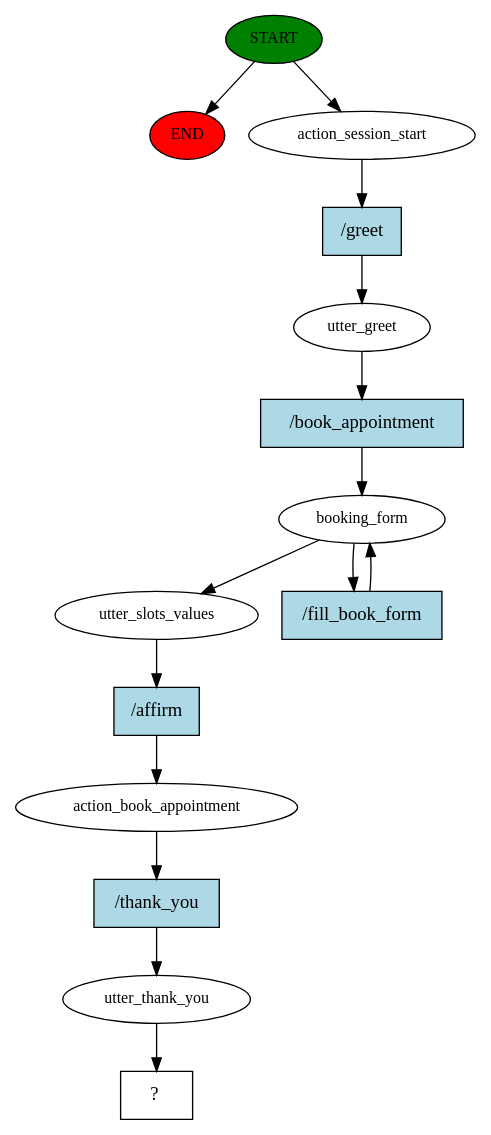
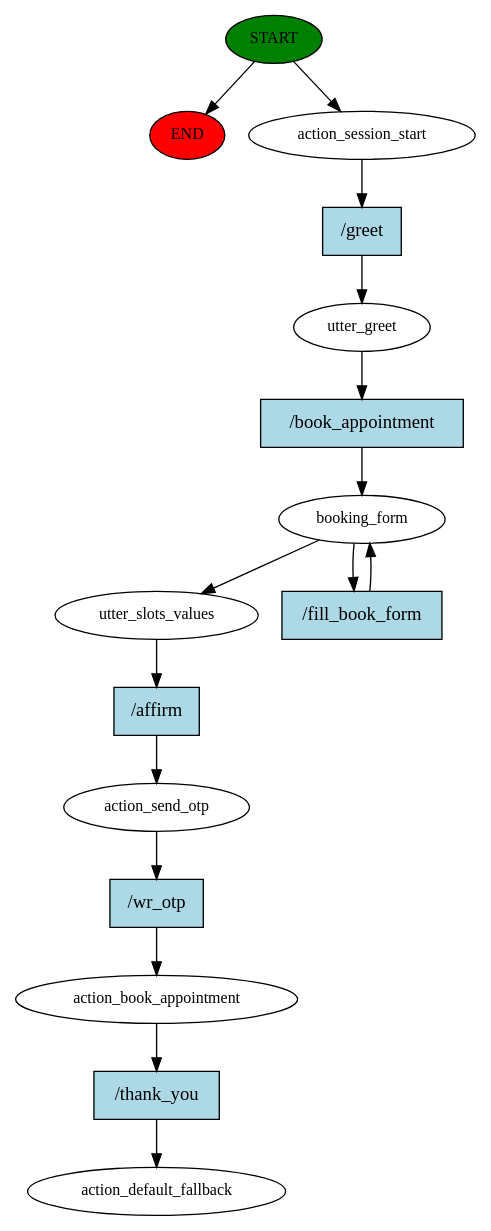
Before and after one commit to dhruv4023/RasaChatbot: the diagram in story_graph.dot, drawn with Graphviz. The commit also changed 5 other files, not shown here.

```diff
--- a/story_graph.dot
+++ b/story_graph.dot
@@ -1,30 +1,32 @@
 digraph  {
 0 [class="start active", fillcolor=green, fontsize=12, label=START, style=filled];
 "-1" [class=end, fillcolor=red, fontsize=12, label=END, style=filled];
 1 [class=active, fontsize=12, label=action_session_start];
 2 [class=active, fontsize=12, label=utter_greet];
 3 [class=active, fontsize=12, label=booking_form];
-7 [class=active, fontsize=12, label=utter_slots_values];
-8 [class=active, fontsize=12, label=action_book_appointment];
-9 [class=active, fontsize=12, label=utter_thank_you];
-10 [class="intent dashed active", label="  ?  ", shape=rect];
-11 [class="intent active", fillcolor=lightblue, label="/greet", shape=rect, style=filled];
-12 [class="intent active", fillcolor=lightblue, label="/book_appointment", shape=rect, style=filled];
-13 [class="intent active", fillcolor=lightblue, label="/fill_book_form", shape=rect, style=filled];
-14 [class="intent active", fillcolor=lightblue, label="/affirm", shape=rect, style=filled];
-15 [class="intent active", fillcolor=lightblue, label="/thank_you", shape=rect, style=filled];
+8 [class=active, fontsize=12, label=utter_slots_values];
+9 [class=active, fontsize=12, label=action_send_otp];
+10 [class=active, fontsize=12, label=action_book_appointment];
+11 [class="dashed active", fontsize=12, label=action_default_fallback];
+12 [class="intent active", fillcolor=lightblue, label="/greet", shape=rect, style=filled];
+13 [class="intent active", fillcolor=lightblue, label="/book_appointment", shape=rect, style=filled];
+14 [class="intent active", fillcolor=lightblue, label="/fill_book_form", shape=rect, style=filled];
+15 [class="intent active", fillcolor=lightblue, label="/affirm", shape=rect, style=filled];
+16 [class="intent active", fillcolor=lightblue, label="/wr_otp", shape=rect, style=filled];
+17 [class="intent active", fillcolor=lightblue, label="/thank_you", shape=rect, style=filled];
 0 -> "-1"  [class="", key=NONE, label=""];
 0 -> 1  [class=active, key=NONE, label=""];
-1 -> 11  [class=active, key=0];
-2 -> 12  [class=active, key=0];
-3 -> 7  [class=active, key=NONE, label=""];
-3 -> 13  [class=active, key=0];
-7 -> 14  [class=active, key=0];
+1 -> 12  [class=active, key=0];
+2 -> 13  [class=active, key=0];
+3 -> 8  [class=active, key=NONE, label=""];
+3 -> 14  [class=active, key=0];
 8 -> 15  [class=active, key=0];
-9 -> 10  [class=active, key=NONE, label=""];
-11 -> 2  [class=active, key=0];
-12 -> 3  [class=active, key=0];
+9 -> 16  [class=active, key=0];
+10 -> 17  [class=active, key=0];
+12 -> 2  [class=active, key=0];
 13 -> 3  [class=active, key=0];
-14 -> 8  [class=active, key=0];
+14 -> 3  [class=active, key=0];
 15 -> 9  [class=active, key=0];
+16 -> 10  [class=active, key=0];
+17 -> 11  [class=active, key=0];
 }
```
